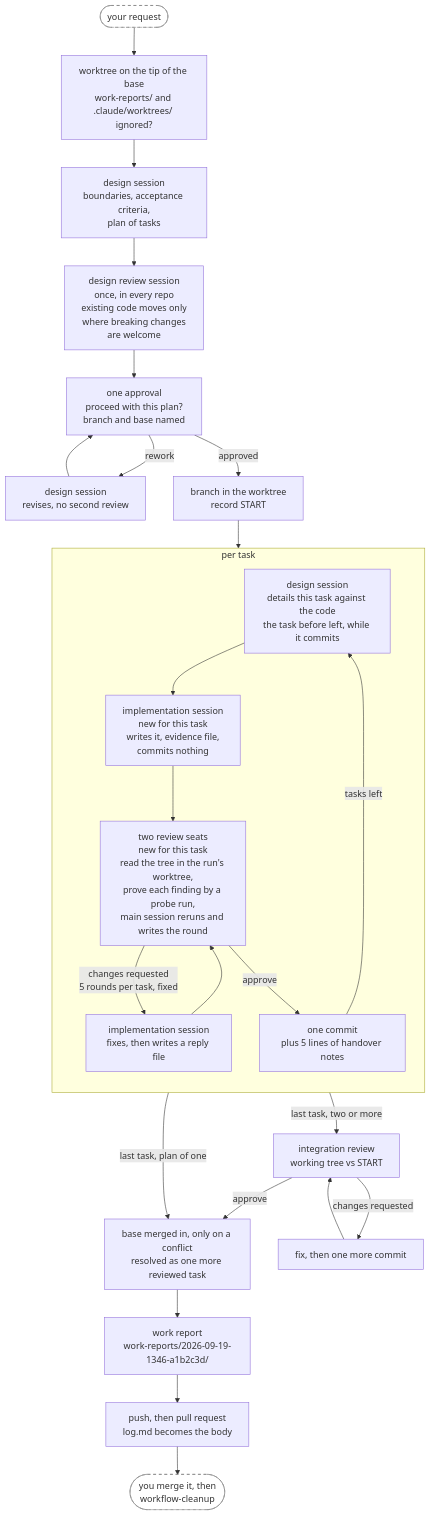
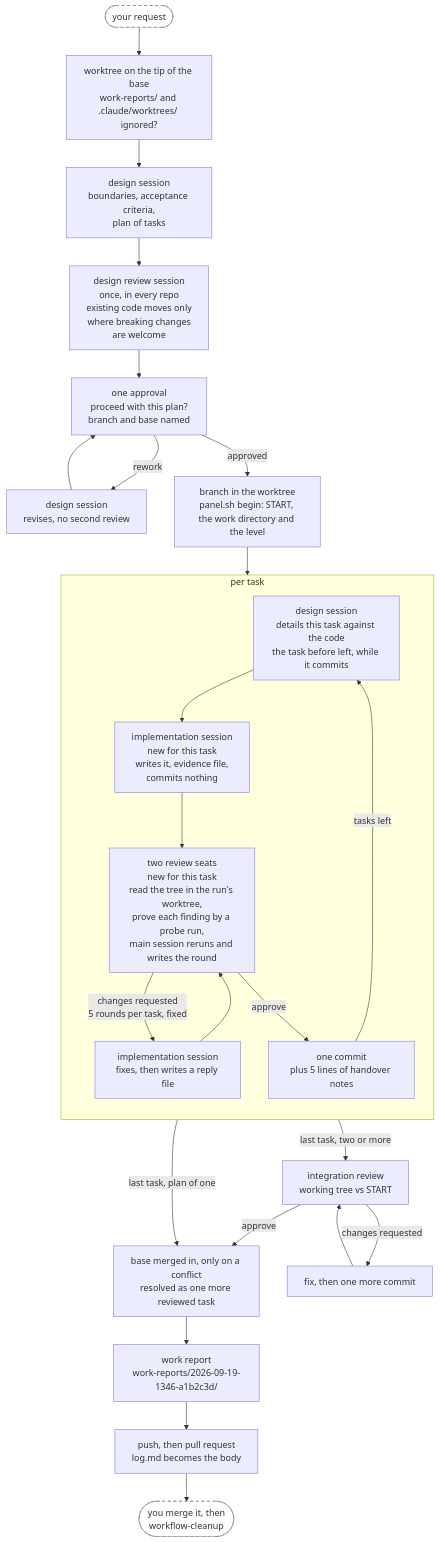
The second of 4 diagrams in plugins/annetaan/README.md (annetaan/claude-plugins), drawn with Mermaid before and after one commit. The commit also changed 7 other files, not shown here.

````diff
--- a/plugins/annetaan/README.md
+++ b/plugins/annetaan/README.md
@@ -169,34 +169,34 @@
 ```mermaid
 flowchart TD
     req(["your request"]) --> wt["worktree on the tip of the base<br/>work-reports/ and .claude/worktrees/ ignored?"] --> design["design session<br/>boundaries, acceptance criteria,<br/>plan of tasks"]
     design --> dreview["design review session<br/>once, in every repo<br/>existing code moves only<br/>where breaking changes<br/>are welcome"] --> ask["one approval<br/>proceed with this plan?<br/>branch and base named"]
     ask -->|rework| redo["design session<br/>revises, no second review"] --> ask
-    ask -->|approved| setup["branch in the worktree<br/>record START"]
+    ask -->|approved| setup["branch in the worktree<br/>panel.sh begin: START, the work directory and the level"]
     setup --> detail
 
     subgraph task["per task"]
         direction TB
         detail["design session<br/>details this task against the code<br/>the task before left, while it commits"]
         impl["implementation session<br/>new for this task<br/>writes it, evidence file,<br/>commits nothing"]
         review["two review seats<br/>new for this task<br/>read the tree in the run's worktree,<br/>prove each finding by a probe run,<br/>main session reruns and writes the round"]
         respond["implementation session<br/>fixes, then writes a reply file"]
         commit["one commit<br/>plus 5 lines of handover notes"]
         detail --> impl --> review
         review -->|"changes requested<br/>5 rounds per task, fixed"| respond
         respond --> review
         review -->|approve| commit
         commit -->|tasks left| detail
     end
 
     commit -->|"last task, two or more"| integ["integration review<br/>working tree vs START"]
     commit -->|"last task, plan of one"| sync
     integ -->|changes requested| integfix["fix, then one more commit"]
     integfix --> integ
     integ -->|approve| sync["base merged in, only on a conflict<br/>resolved as one more reviewed task"]
     sync --> report["work report<br/>work-reports/2026-09-19-1346-a1b2c3d/"]
     report --> pr["push, then pull request<br/>log.md becomes the body"]
     pr --> clean(["you merge it, then<br/>workflow-cleanup"])
 
     classDef human fill:#fff,stroke:#888,stroke-dasharray: 5 5
     class req,clean human
 ```
````
